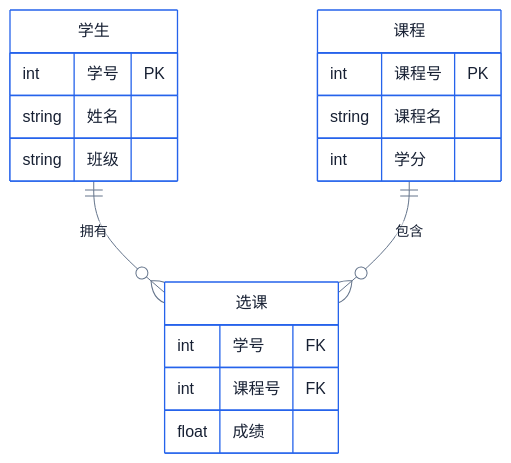
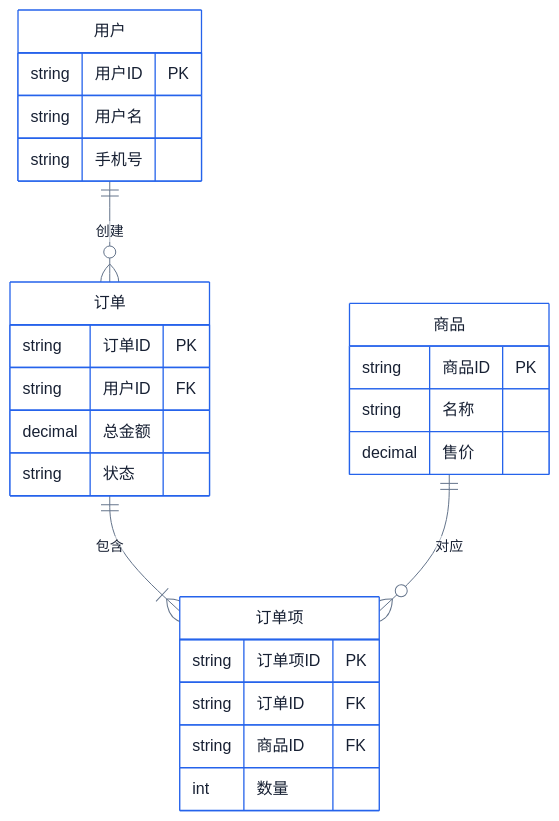
The diagram in .opencode/skills/mermaid-gen/examples/ER-diagram.md (BeWaterMyFriend7/SKILL-PROJECT), drawn with Mermaid before and after one commit. The commit also changed other lines of this file and 39 other files, not shown here.

First line of the commit message:
优化 mermaid-gen 生成流程与校验能力

````diff
--- a/.opencode/skills/mermaid-gen/examples/ER-diagram.md
+++ b/.opencode/skills/mermaid-gen/examples/ER-diagram.md
@@ -2,21 +5,29 @@
 ```mermaid
 %%{init: {"theme":"base","themeVariables":{"fontFamily":"Inter, Noto Sans SC, Microsoft YaHei, sans-serif","primaryColor":"#FFFFFF","primaryBorderColor":"#2563EB","primaryTextColor":"#172033","lineColor":"#64748B","background":"#F6F8FB"}}}%%
 erDiagram
-    学生 ||--o{ 选课 : 拥有
-    课程 ||--o{ 选课 : 包含
-    学生 {
-        int 学号 PK
-        string 姓名
-        string 班级
+    用户 ||--o{ 订单 : 创建
+    订单 ||--|{ 订单项 : 包含
+    商品 ||--o{ 订单项 : 对应
+    用户 {
+        string 用户ID PK
+        string 用户名
+        string 手机号
     }
-    课程 {
-        int 课程号 PK
-        string 课程名
-        int 学分
+    订单 {
+        string 订单ID PK
+        string 用户ID FK
+        decimal 总金额
+        string 状态
     }
-    选课 {
-        int 学号 FK
-        int 课程号 FK
-        float 成绩
+    订单项 {
+        string 订单项ID PK
+        string 订单ID FK
+        string 商品ID FK
+        int 数量
+    }
+    商品 {
+        string 商品ID PK
+        string 名称
+        decimal 售价
     }
 ```
````
